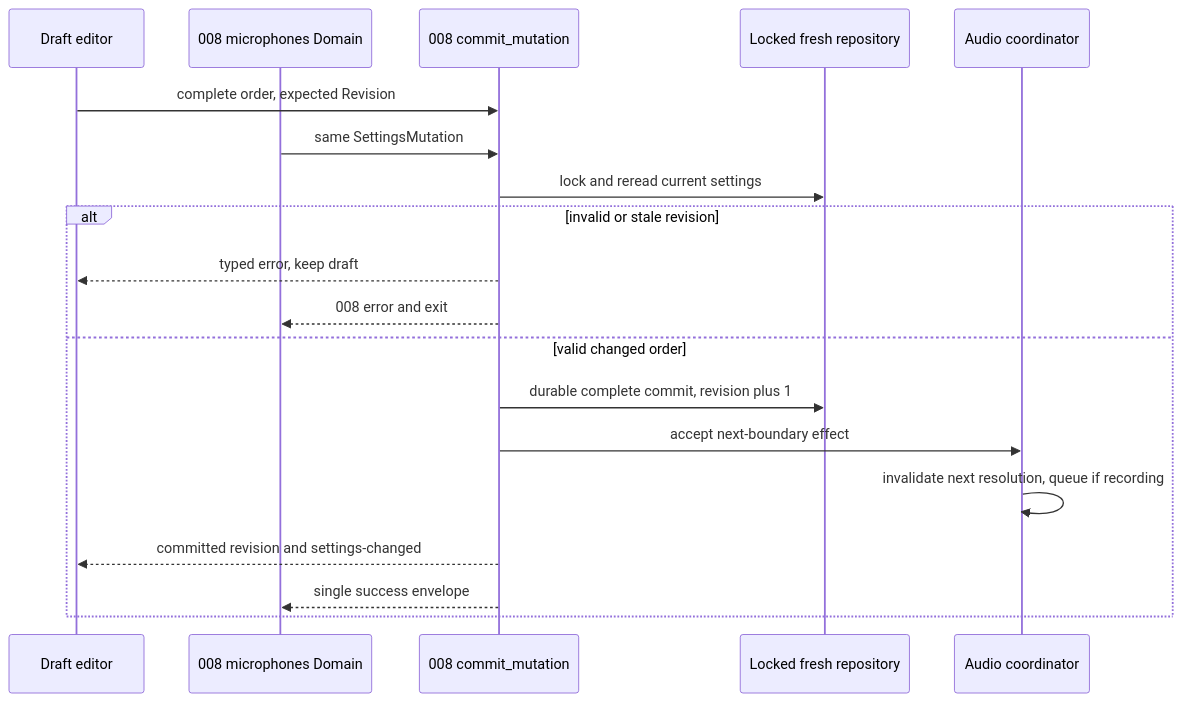
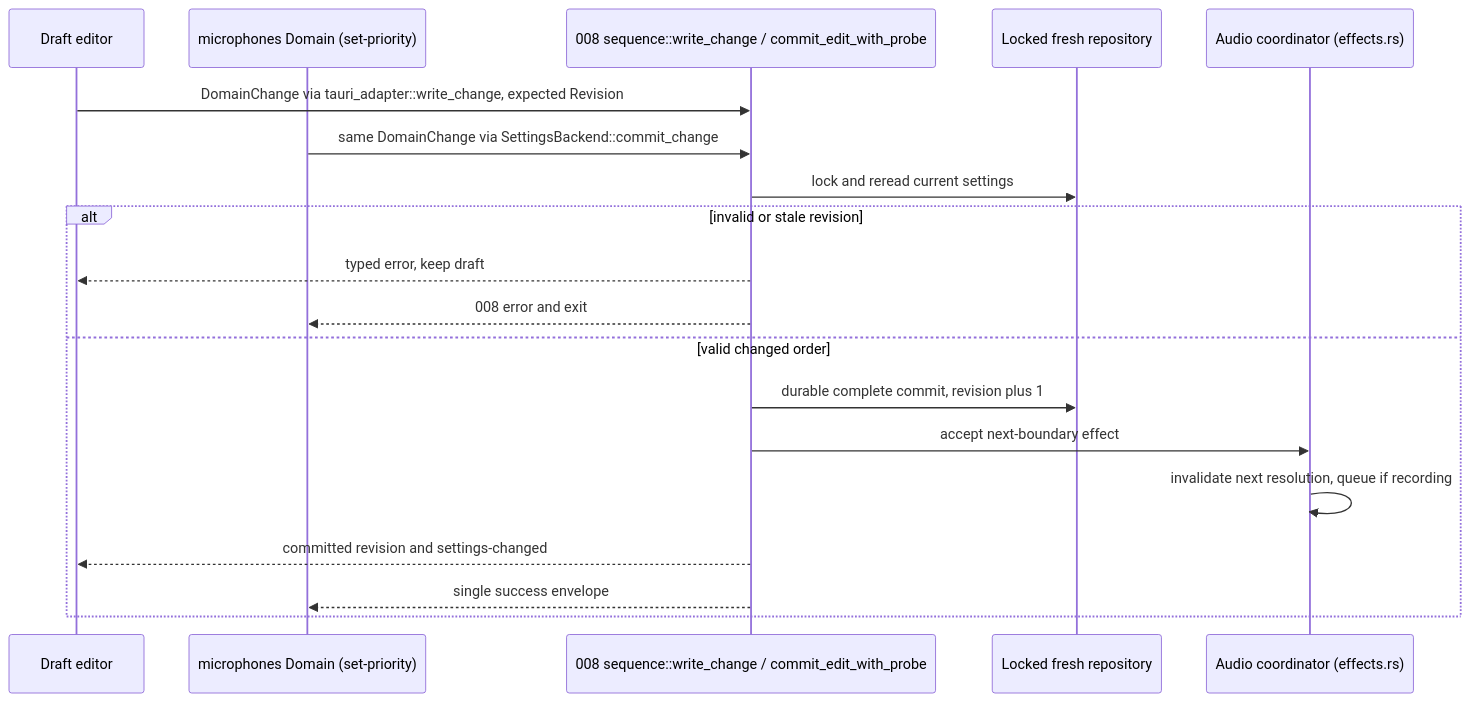
Before and after one commit to julien-m/handy: the first of 5 diagrams in .specs/features/001-microphone-priority/plan.md, drawn with Mermaid. The commit also changed other lines of this file and 3 other files, not shown here.

````diff
--- a/.specs/features/001-microphone-priority/plan.md
+++ b/.specs/features/001-microphone-priority/plan.md
@@ -138,21 +143,21 @@
 ```mermaid
 sequenceDiagram
   participant UI as Draft editor
-  participant CLI as 008 microphones Domain
-  participant Service as 008 commit_mutation
+  participant CLI as microphones Domain (set-priority)
+  participant Service as 008 sequence::write_change / commit_edit_with_probe
   participant Disk as Locked fresh repository
-  participant Audio as Audio coordinator
-  UI->>Service: complete order, expected Revision
-  CLI->>Service: same SettingsMutation
+  participant Audio as Audio coordinator (effects.rs)
+  UI->>Service: DomainChange via tauri_adapter::write_change, expected Revision
+  CLI->>Service: same DomainChange via SettingsBackend::commit_change
   Service->>Disk: lock and reread current settings
   alt invalid or stale revision
     Service-->>UI: typed error, keep draft
     Service-->>CLI: 008 error and exit
   else valid changed order
     Service->>Disk: durable complete commit, revision plus 1
     Service->>Audio: accept next-boundary effect
     Audio->>Audio: invalidate next resolution, queue if recording
     Service-->>UI: committed revision and settings-changed
     Service-->>CLI: single success envelope
   end
 ```
````
